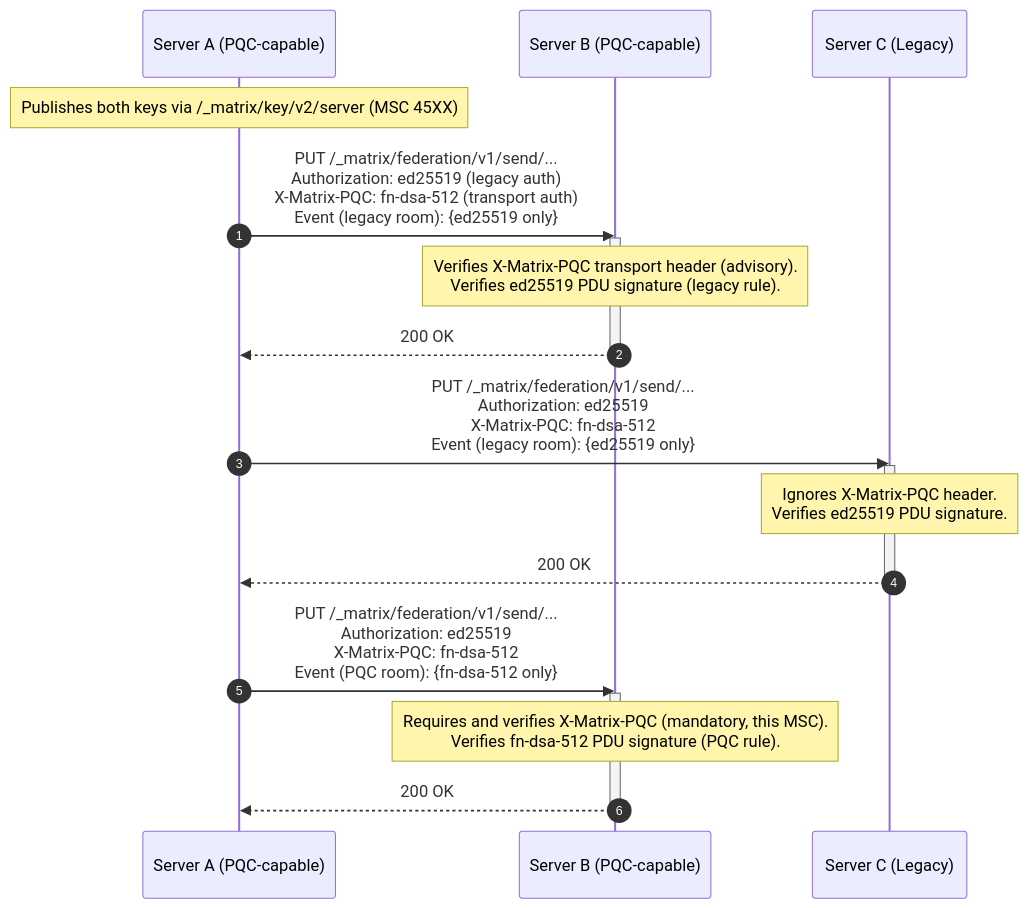
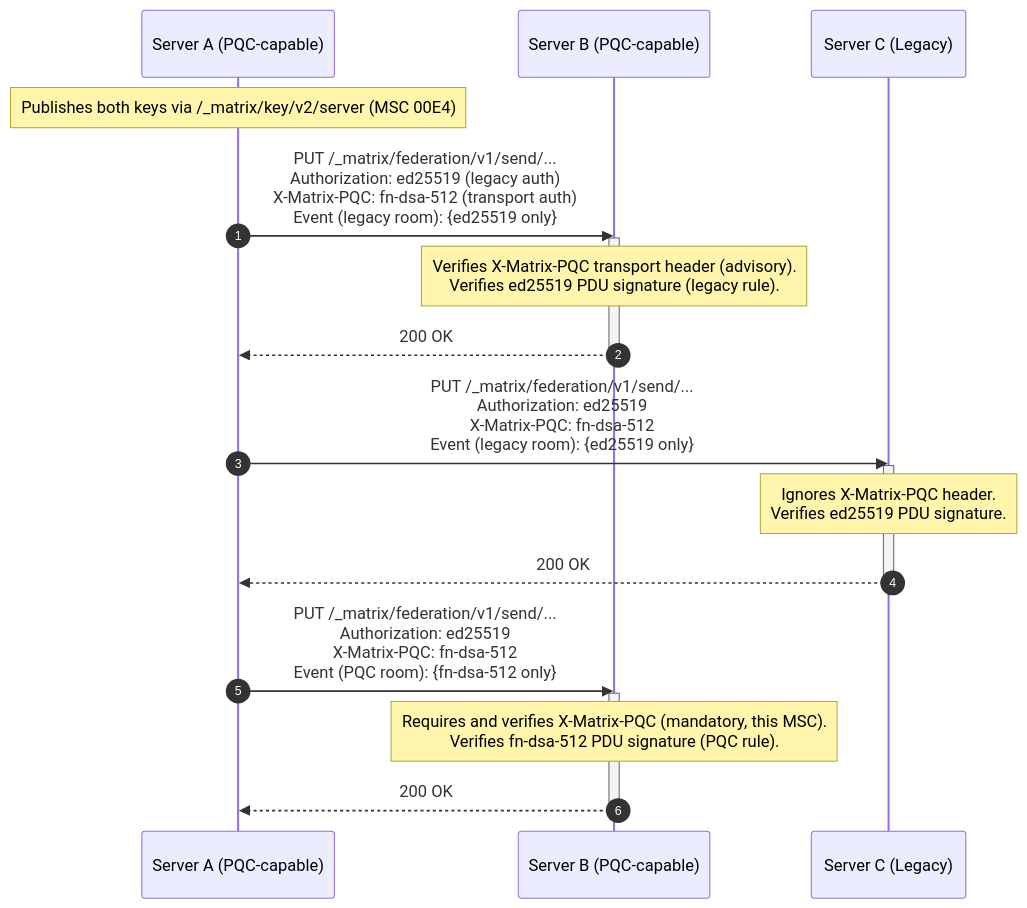
The diagram in proposals/00E2-quantum-sigs-federation-room-pdu.md (gamesguru/matrix-spec-proposals), drawn with Mermaid before and after one commit. The commit also changed other lines of this file and 4 other files, not shown here.

````diff
--- a/proposals/00E2-quantum-sigs-federation-room-pdu.md
+++ b/proposals/00E2-quantum-sigs-federation-room-pdu.md
@@ -216,27 +218,27 @@
 ```mermaid
 sequenceDiagram
     autonumber
     participant S1 as Server A (PQC-capable)
     participant S2 as Server B (PQC-capable)
     participant S3 as Server C (Legacy)
 
-    Note over S1: Publishes both keys via /_matrix/key/v2/server (MSC 45XX)
+    Note over S1: Publishes both keys via /_matrix/key/v2/server (MSC 00E4)
 
     S1->>S2: PUT /_matrix/federation/v1/send/...<br/>Authorization: ed25519 (legacy auth)<br/>X-Matrix-PQC: fn-dsa-512 (transport auth)<br/>Event (legacy room): {ed25519 only}
     activate S2
     Note over S2: Verifies X-Matrix-PQC transport header (advisory).<br/>Verifies ed25519 PDU signature (legacy rule).
     S2-->>S1: 200 OK
     deactivate S2
 
     S1->>S3: PUT /_matrix/federation/v1/send/...<br/>Authorization: ed25519<br/>X-Matrix-PQC: fn-dsa-512<br/>Event (legacy room): {ed25519 only}
     activate S3
     Note over S3: Ignores X-Matrix-PQC header.<br/>Verifies ed25519 PDU signature.
     S3-->>S1: 200 OK
     deactivate S3
 
     S1->>S2: PUT /_matrix/federation/v1/send/...<br/>Authorization: ed25519<br/>X-Matrix-PQC: fn-dsa-512<br/>Event (PQC room): {fn-dsa-512 only}
     activate S2
     Note over S2: Requires and verifies X-Matrix-PQC (mandatory, this MSC).<br/>Verifies fn-dsa-512 PDU signature (PQC rule).
     S2-->>S1: 200 OK
     deactivate S2
 ```
````
